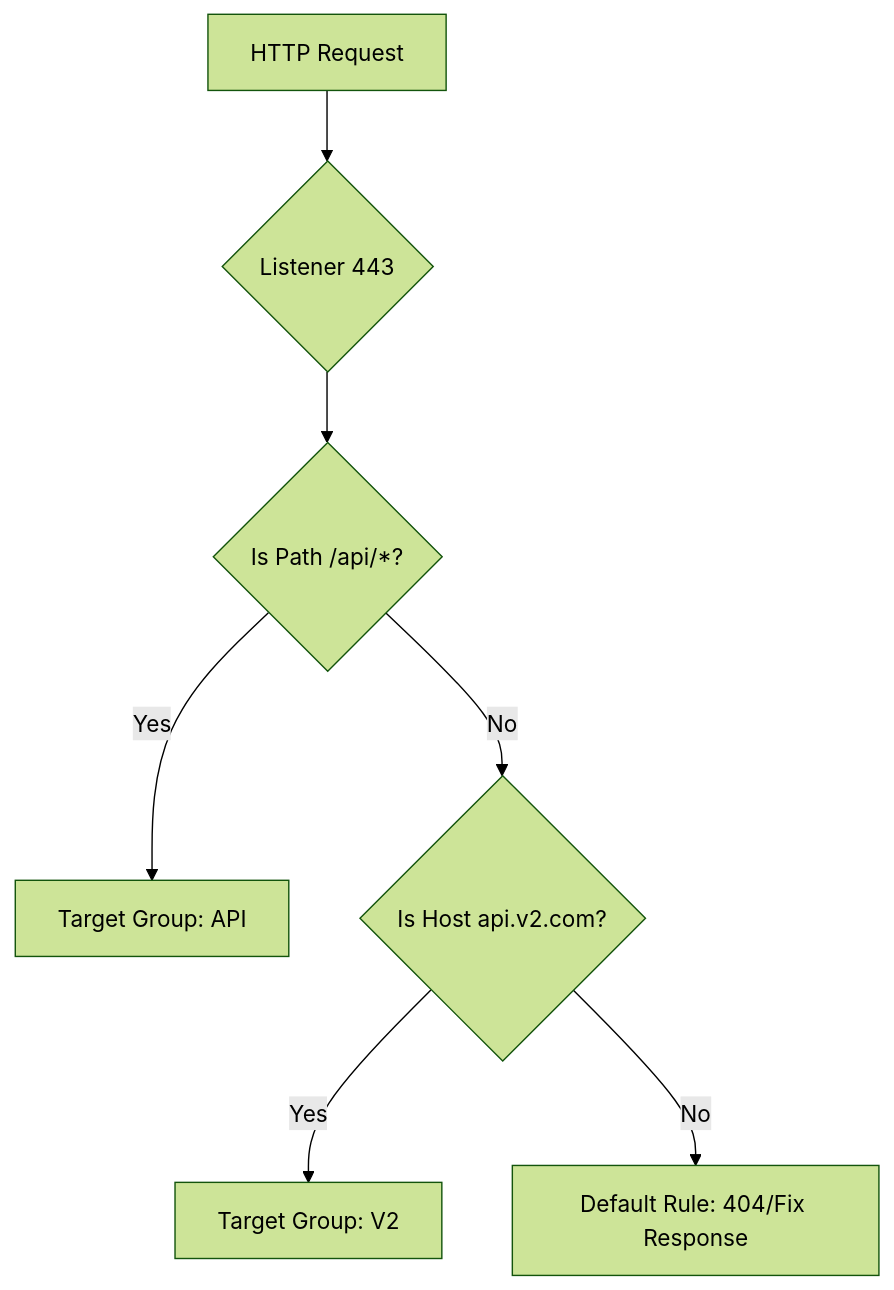
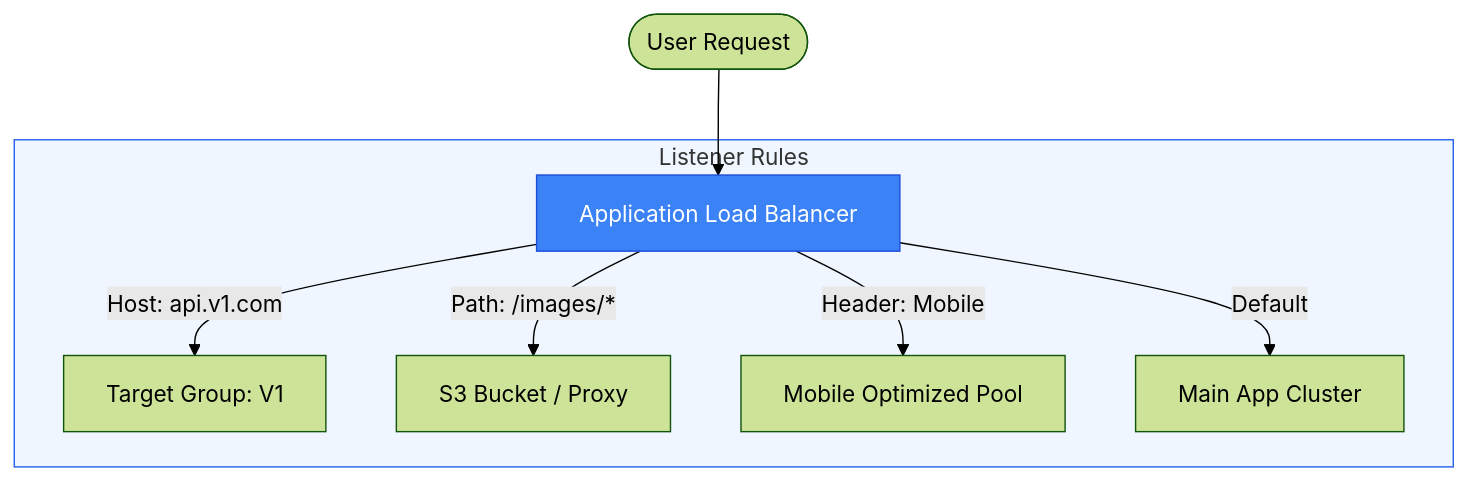
The diagram in 2-Intermediate/01-Phase-1/01-Networking/07-Load-Balancing-ALB-NLB/02-ALB-Deep-Dive-L7-Routing/README.md (Ganil151/Devops), drawn with Mermaid (forest theme) before and after one commit. The commit also changed other lines of this file and 51 other files, not shown here.

````diff
--- a/2-Intermediate/01-Phase-1/01-Networking/07-Load-Balancing-ALB-NLB/02-ALB-Deep-Dive-L7-Routing/README.md
+++ b/2-Intermediate/01-Phase-1/01-Networking/07-Load-Balancing-ALB-NLB/02-ALB-Deep-Dive-L7-Routing/README.md
@@ -9,9 +5,14 @@
 ```mermaid
 graph TD
-    Request[HTTP Request] --> L{Listener 443}
-    L --> Rule1{Is Path /api/*?}
-    Rule1 -->|Yes| TG_API[Target Group: API]
-    Rule1 -->|No| Rule2{Is Host api.v2.com?}
-    Rule2 -->|Yes| TG_V2[Target Group: V2]
-    Rule2 -->|No| Default[Default Rule: 404/Fix Response]
+    User([User Request]) --> ALB[Application Load Balancer]
+    
+    subgraph Routing_Engine[Listener Rules]
+        ALB -->|Host: api.v1.com| TG_V1[Target Group: V1]
+        ALB -->|Path: /images/*| S3[S3 Bucket / Proxy]
+        ALB -->|Header: Mobile| TG_Mobile[Mobile Optimized Pool]
+        ALB -->|Default| TG_Main[Main App Cluster]
+    end
+
+    style ALB fill:#3b82f6,stroke:#1d4ed8,color:#fff
+    style Routing_Engine fill:#eff6ff,stroke:#2563eb
 ```
````
